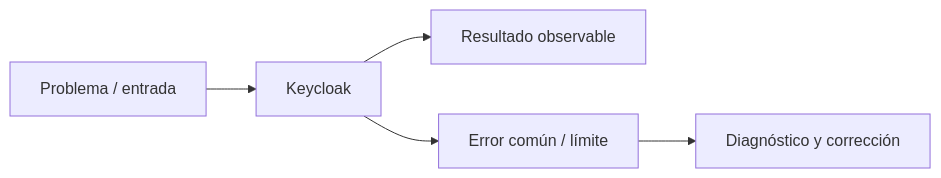
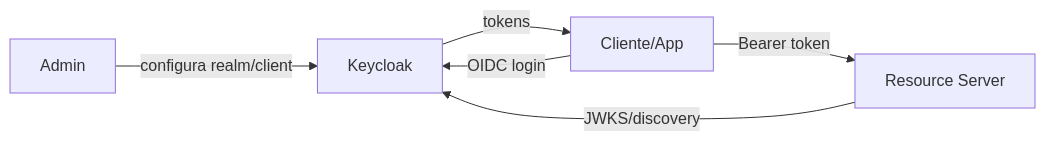
One commit to NICORUIZ93/The_Imperial_Book changed the diagram in docs/cursos/springboot-microservicios-desde-cero/fichas/m09-l05-keycloak.md. Above: the diagram before and after it, drawn with Mermaid. The commit also changed other lines of this file and 119 other files, not shown here.

````diff
--- a/docs/cursos/springboot-microservicios-desde-cero/fichas/m09-l05-keycloak.md
+++ b/docs/cursos/springboot-microservicios-desde-cero/fichas/m09-l05-keycloak.md
@@ -19,7 +27,8 @@
 ```mermaid
 flowchart LR
-  A[Problema / entrada] --> B[Keycloak]
-  B --> C[Resultado observable]
-  B --> D[Error común / límite]
-  D --> E[Diagnóstico y corrección]
+  Admin[Admin] -->|configura realm/client| KC[Keycloak]
+  App[Cliente/App] -->|OIDC login| KC
+  KC -->|tokens| App
+  App -->|Bearer token| API[Resource Server]
+  API -->|JWKS/discovery| KC
 ```
````
